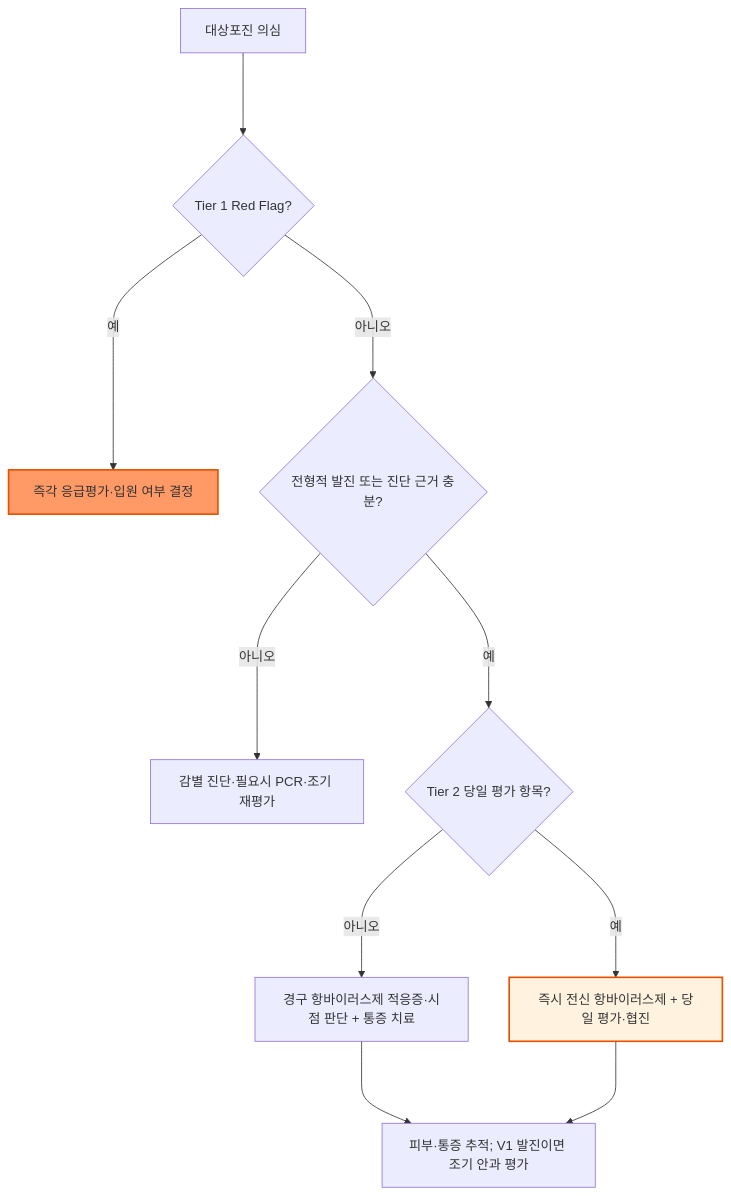
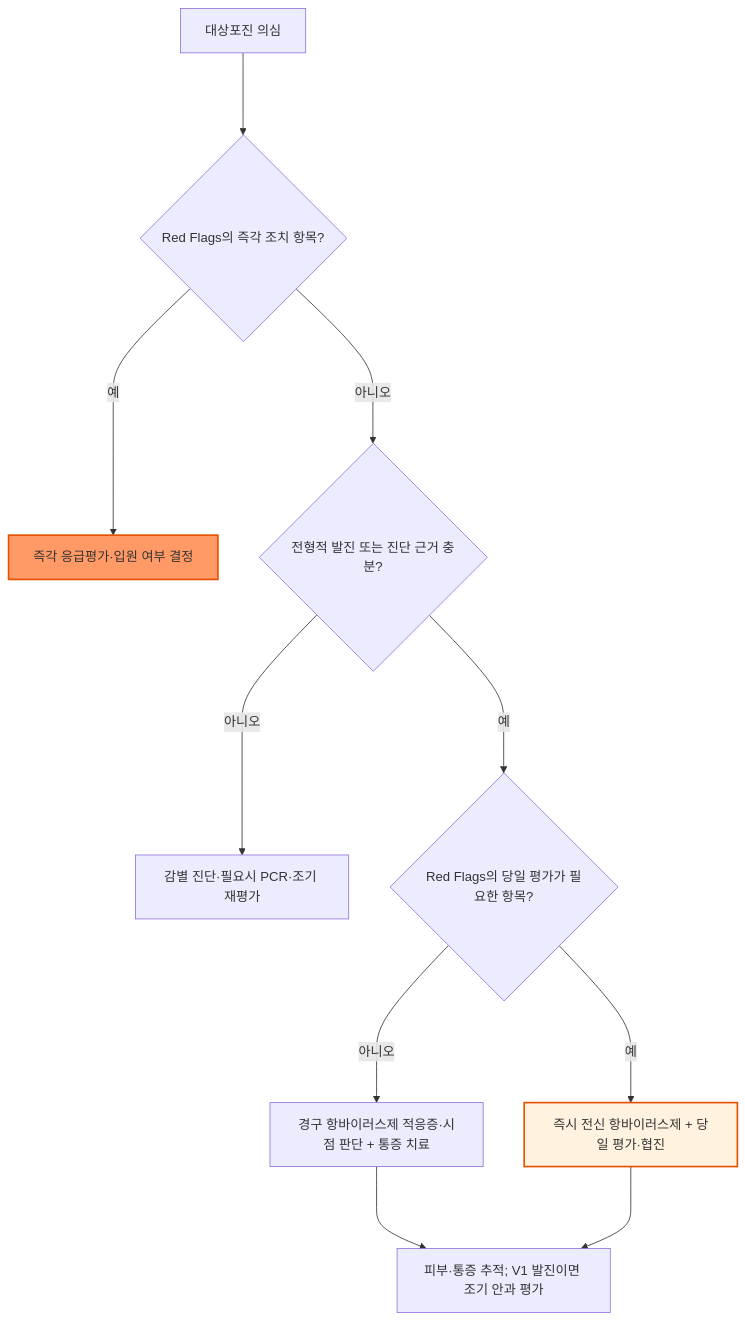
The diagram in 229_/180_-herpes-zoster.md (familyoh77/familyoh77), drawn with Mermaid before and after one commit. The commit also changed other lines of this file and 9 other files, not shown here.

````diff
--- a/229_/180_-herpes-zoster.md
+++ b/229_/180_-herpes-zoster.md
@@ -151,14 +153,14 @@
 ```mermaid
 flowchart TD
-    A["대상포진 의심"] ---> B{"Tier 1 Red Flag?"}
+    A["대상포진 의심"] ---> B{"Red Flags의 즉각 조치 항목?"}
     B --->|예| C["즉각 응급평가·입원 여부 결정"]
     B --->|아니오| D{"전형적 발진 또는 진단 근거 충분?"}
     D --->|아니오| E["감별 진단·필요시 PCR·조기 재평가"]
-    D --->|예| F{"Tier 2 당일 평가 항목?"}
+    D --->|예| F{"Red Flags의 당일 평가가 필요한 항목?"}
     F --->|예| G["즉시 전신 항바이러스제 + 당일 평가·협진"]
     F --->|아니오| H["경구 항바이러스제 적응증·시점 판단 + 통증 치료"]
     H ---> I["피부·통증 추적; V1 발진이면 조기 안과 평가"]
     G ---> I
     style C fill:#f96,stroke:#e65100,stroke-width:2px
     style G fill:#fff3e0,stroke:#e65100,stroke-width:2px
 ```
````
